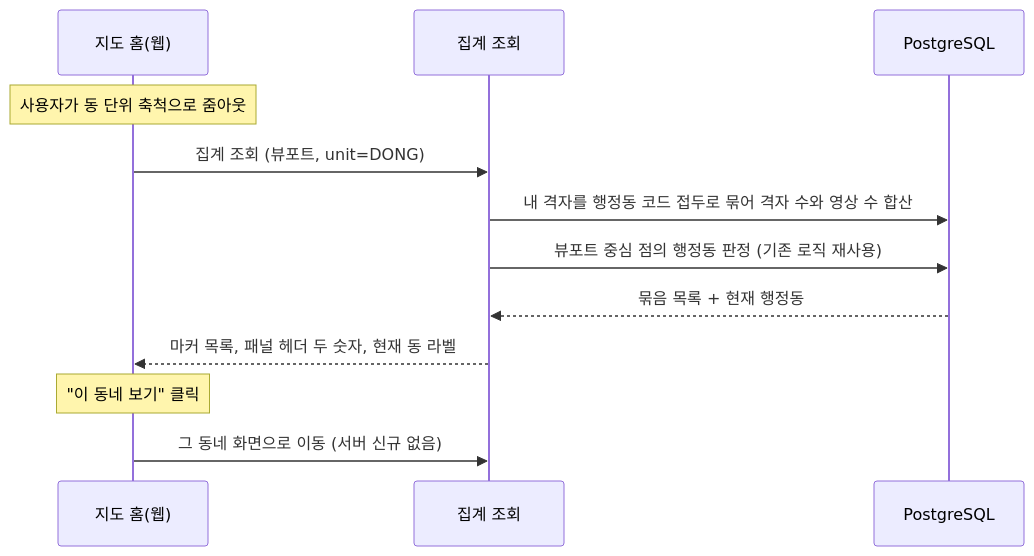
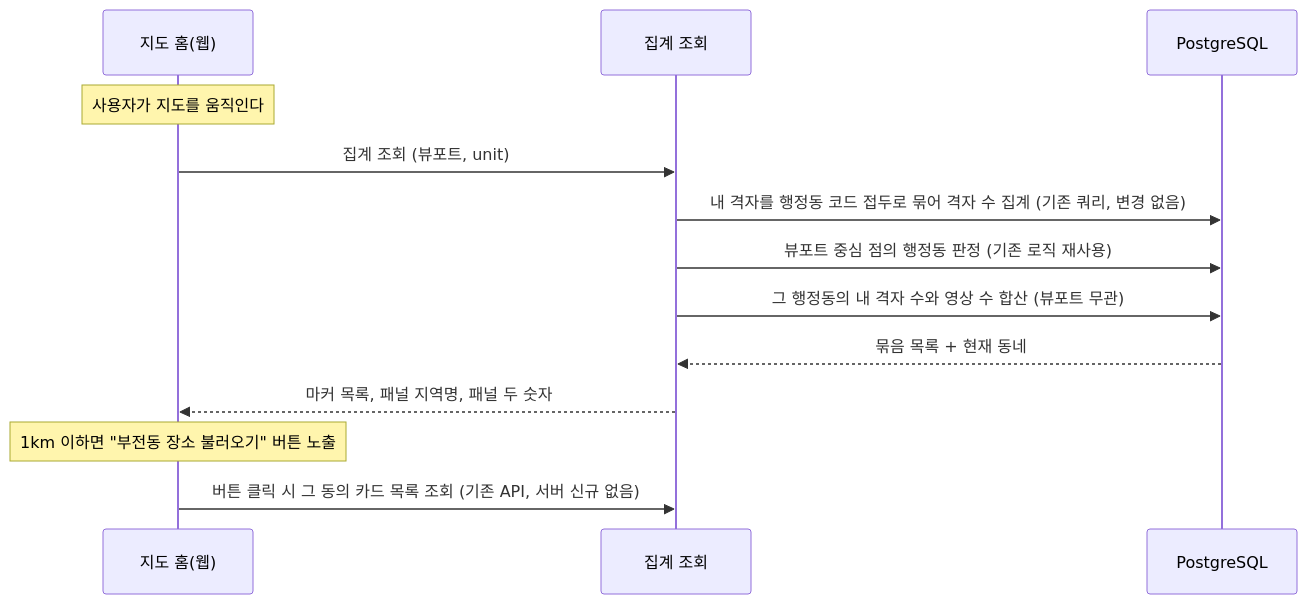
The first of 2 diagrams in docs/prd/MSG-374-prd.md (ASM-MSG/BE), drawn with Mermaid before and after one commit. The commit also changed other lines of this file and 3 other files, not shown here.

````diff
--- a/docs/prd/MSG-374-prd.md
+++ b/docs/prd/MSG-374-prd.md
@@ -49,15 +51,16 @@
 ```mermaid
 sequenceDiagram
     participant FE as 지도 홈(웹)
     participant API as 집계 조회
     participant DB as PostgreSQL
 
-    Note over FE: 사용자가 동 단위 축척으로 줌아웃
-    FE->>API: 집계 조회 (뷰포트, unit=DONG)
-    API->>DB: 내 격자를 행정동 코드 접두로 묶어 격자 수와 영상 수 합산
+    Note over FE: 사용자가 지도를 움직인다
+    FE->>API: 집계 조회 (뷰포트, unit)
+    API->>DB: 내 격자를 행정동 코드 접두로 묶어 격자 수 집계 (기존 쿼리, 변경 없음)
     API->>DB: 뷰포트 중심 점의 행정동 판정 (기존 로직 재사용)
-    DB-->>API: 묶음 목록 + 현재 행정동
-    API-->>FE: 마커 목록, 패널 헤더 두 숫자, 현재 동 라벨
-    Note over FE: "이 동네 보기" 클릭
-    FE->>API: 그 동네 화면으로 이동 (서버 신규 없음)
+    API->>DB: 그 행정동의 내 격자 수와 영상 수 합산 (뷰포트 무관)
+    DB-->>API: 묶음 목록 + 현재 동네
+    API-->>FE: 마커 목록, 패널 지역명, 패널 두 숫자
+    Note over FE: 1km 이하면 "부전동 장소 불러오기" 버튼 노출
+    FE->>API: 버튼 클릭 시 그 동의 카드 목록 조회 (기존 API, 서버 신규 없음)
 ```
````
